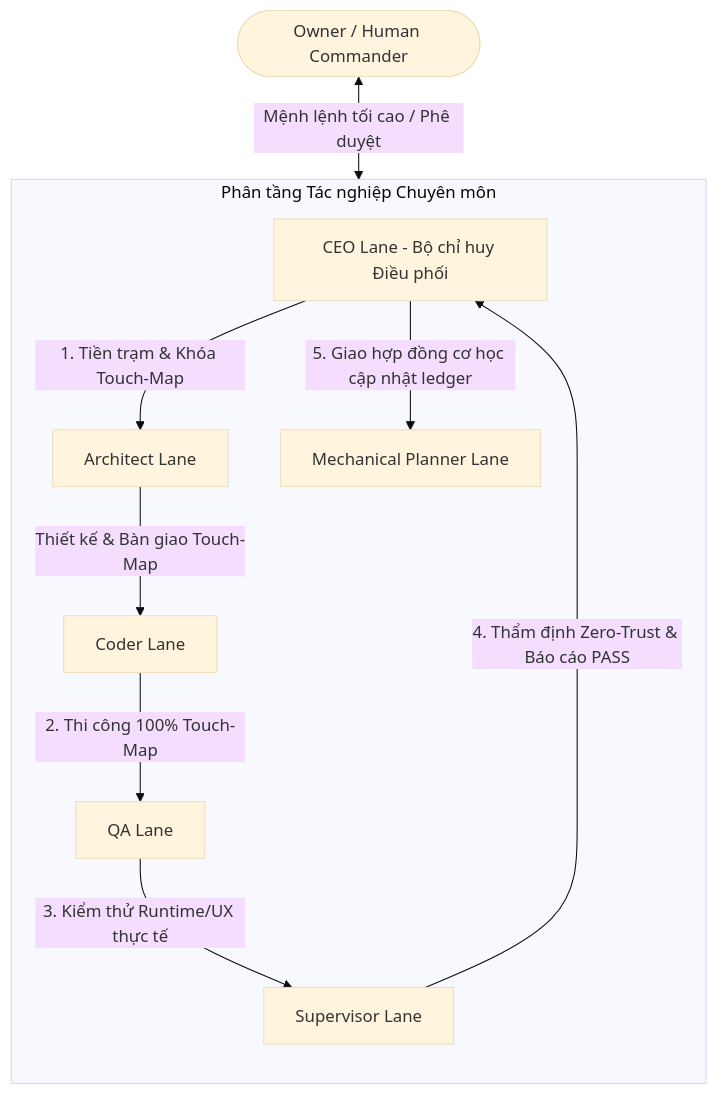
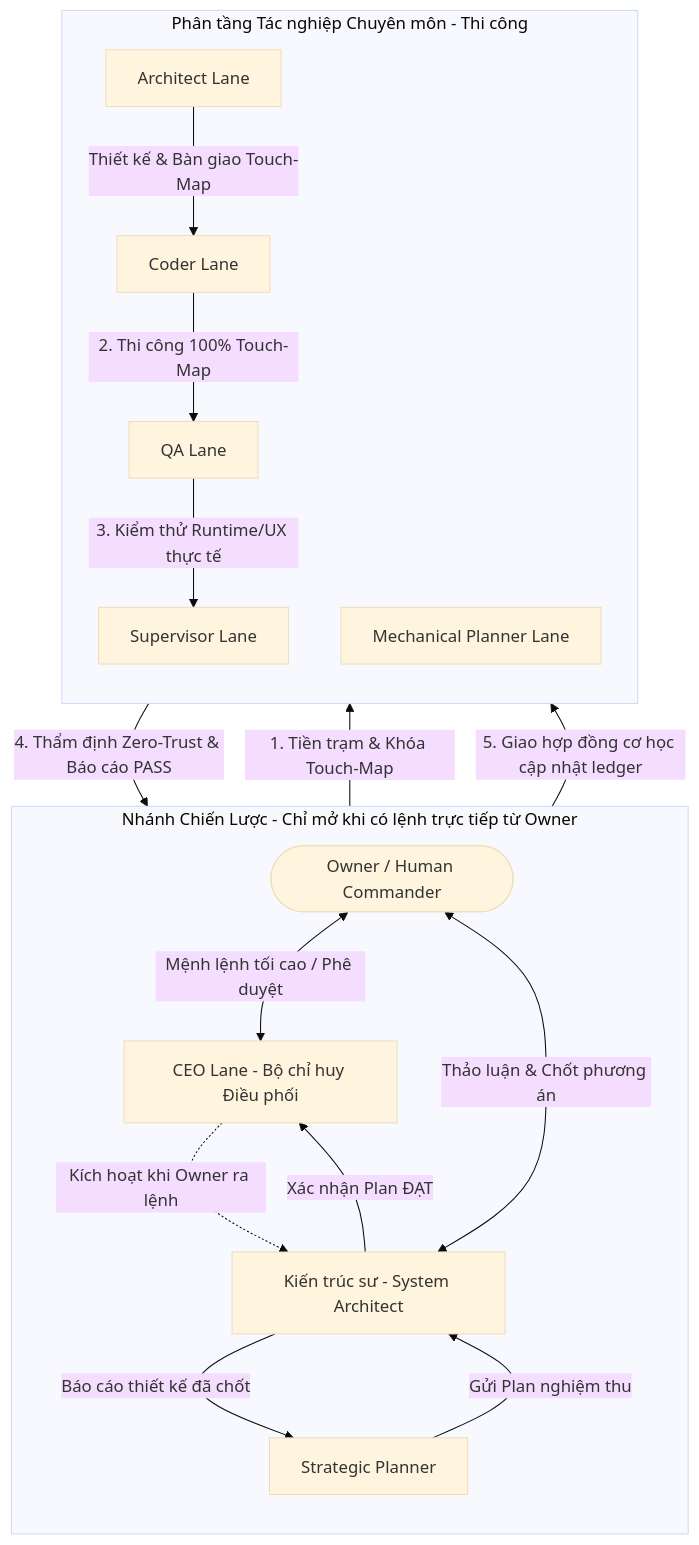
One commit to tamnguyendinh/Anvien changed the diagram in internal/aicontext/skills/ceo/SKILL.md. Above: the diagram before and after it, drawn with Mermaid (base theme). The commit also changed other lines of this file, not shown here.

Commit message:
fix(ceo): refine execution framework by adding strategic lane responsibilities and flowchart

````diff
--- a/internal/aicontext/skills/ceo/SKILL.md
+++ b/internal/aicontext/skills/ceo/SKILL.md
@@ -28,14 +28,23 @@
 ```mermaid
 flowchart TD
     Owner([Owner / Human Commander]) <-->|Mệnh lệnh tối cao / Phê duyệt| CEO[CEO Lane - Bộ chỉ huy Điều phối]
-    
-    subgraph Execution_Lanes [Phân tầng Tác nghiệp Chuyên môn]
+
+    subgraph Strategic_Lane [Nhánh Chiến Lược - Chỉ mở khi có lệnh trực tiếp từ Owner]
+        direction TB
+        CEO -.->|Kích hoạt khi Owner ra lệnh| StratArch[Kiến trúc sư - System Architect]
+        StratArch <-->|Thảo luận & Chốt phương án| Owner
+        StratArch -->|Báo cáo thiết kế đã chốt| StratPlan[Strategic Planner]
+        StratPlan -->|Gửi Plan nghiệm thu| StratArch
+        StratArch -->|Xác nhận Plan ĐẠT| CEO
+    end
+
+    subgraph Execution_Lanes [Phân tầng Tác nghiệp Chuyên môn - Thi công]
         direction TB
         CEO -->|1. Tiền trạm & Khóa Touch-Map| Arch[Architect Lane]
-        Arch -->|Thiết kế & Bàn giao Touch-Map | Coder[Coder Lane]
-        Coder -->|2. Thi công 100% Touch-Map | QA[QA Lane]
+        Arch -->|Thiết kế & Bàn giao Touch-Map| Coder[Coder Lane]
+        Coder -->|2. Thi công 100% Touch-Map| QA[QA Lane]
         QA -->|3. Kiểm thử Runtime/UX thực tế| Sup[Supervisor Lane]
         Sup -->|4. Thẩm định Zero-Trust & Báo cáo PASS| CEO
         CEO -->|5. Giao hợp đồng cơ học cập nhật ledger| Plan[Mechanical Planner Lane]
     end
 ```
````
